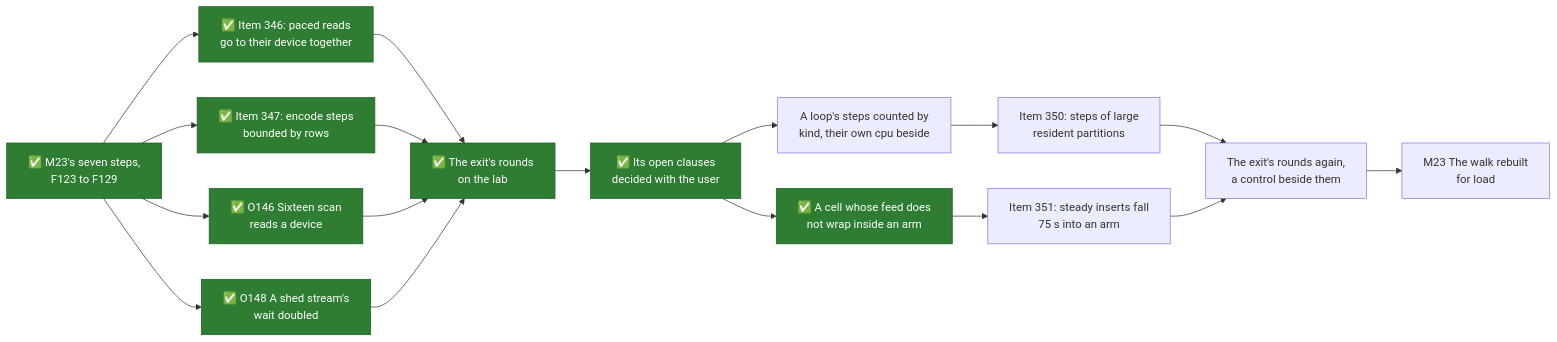
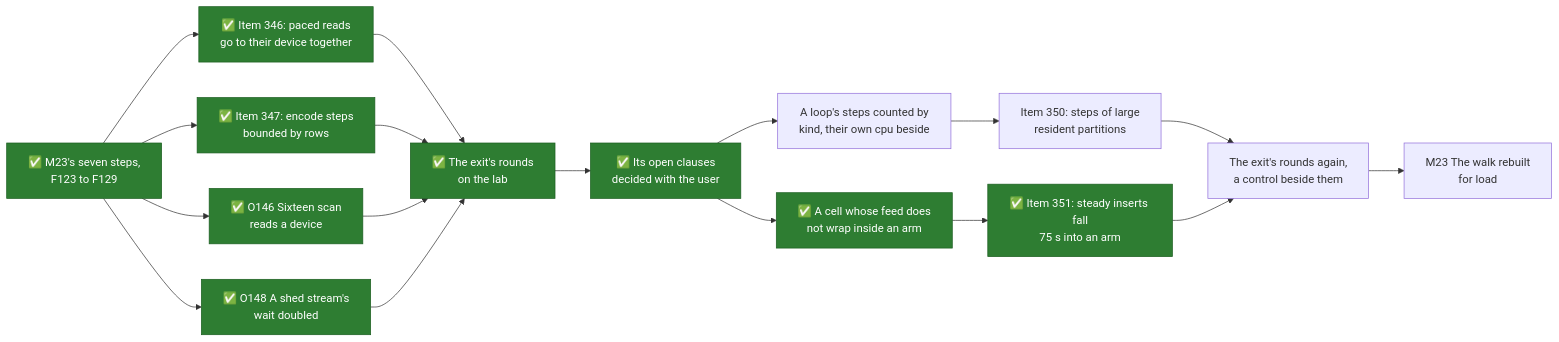
The third of 5 diagrams in docs/src/future-work/scans/whats-left-todo.md (mjcarson/shoal), drawn with Mermaid before and after one commit. The commit also changed other lines of this file and 32 other files, not shown here.

````diff
--- a/docs/src/future-work/scans/whats-left-todo.md
+++ b/docs/src/future-work/scans/whats-left-todo.md
@@ -153,25 +158,25 @@
 ```mermaid
 flowchart LR
     classDef done fill:#2e7d32,stroke:#1b5e20,color:#ffffff
     Steps["✅ M23's seven steps,<br>F123 to F129"]:::done
     I346["✅ Item 346: paced reads<br>go to their device together"]:::done
     I347["✅ Item 347: encode steps<br>bounded by rows"]:::done
     O146["✅ O146 Sixteen scan<br>reads a device"]:::done
     O148["✅ O148 A shed stream's<br>wait doubled"]:::done
     Exit["✅ The exit's rounds<br>on the lab"]:::done
     Decided["✅ Its open clauses<br>decided with the user"]:::done
     Count["A loop's steps counted by<br>kind, their own cpu beside"]
     I350["Item 350: steps of large<br>resident partitions"]
     Cell["✅ A cell whose feed does<br>not wrap inside an arm"]:::done
-    I351["Item 351: steady inserts fall<br>75 s into an arm"]
+    I351["✅ Item 351: steady inserts fall<br>75 s into an arm"]:::done
     Again["The exit's rounds again,<br>a control beside them"]
     M23["M23 The walk rebuilt<br>for load"]
     Steps --> I346 --> Exit
     Steps --> I347 --> Exit
     Steps --> O146 --> Exit
     Steps --> O148 --> Exit
     Exit --> Decided
     Decided --> Count --> I350 --> Again
     Decided --> Cell --> I351 --> Again
     Again --> M23
 ```
````
